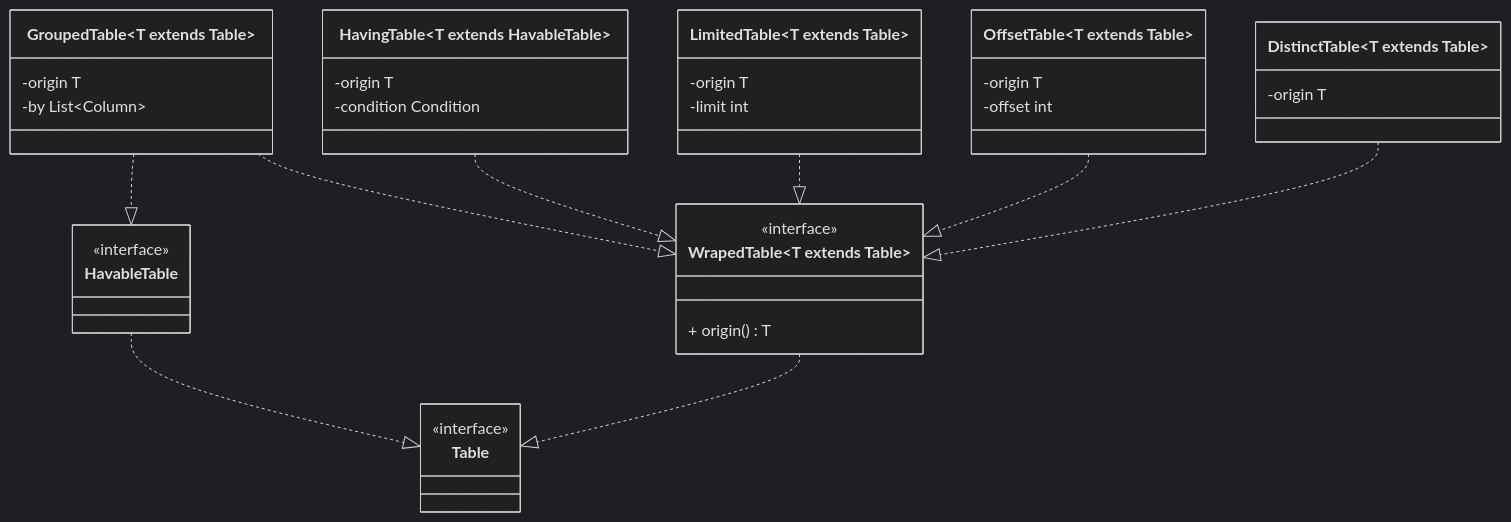
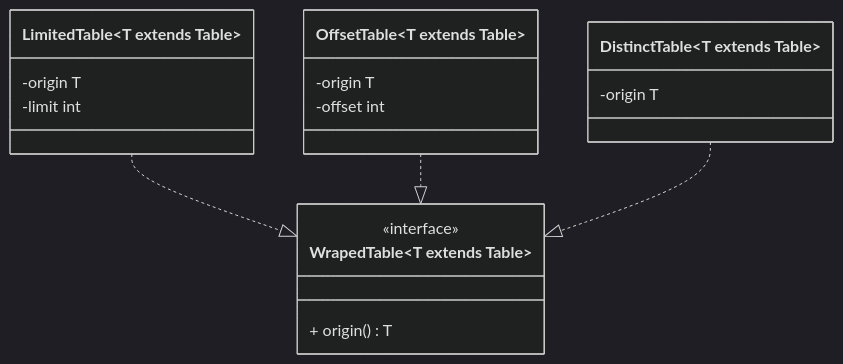
One commit to safarislava/QueryBricks changed the fifth of 13 diagrams in docs/domain.md. Above: the diagram before and after it, drawn with Mermaid (dark theme). The commit also changed other lines of this file, not shown here.

````diff
--- a/docs/domain.md
+++ b/docs/domain.md
@@ -89,47 +139,24 @@
 ```mermaid
 classDiagram
-    class Table {
-        <<interface>>
-    }
-
-    class HavableTable {
-        <<interface>>
-    }
-    HavableTable ..|> Table
-
     class WrapedTable~T extends Table~ {
         <<interface>>
         + origin() T
     }
-    WrapedTable ..|> Table
-
-    class GroupedTable~T extends Table~ {
-        -origin T
-        -by List~Column~
-    }
-    GroupedTable ..|> HavableTable
-    GroupedTable ..|> WrapedTable~T~
-
-    class HavingTable~T extends HavableTable~ {
-        -origin T
-        -condition Condition
-    }
-    HavingTable ..|> WrapedTable~T~
 
     class LimitedTable~T extends Table~ {
         -origin T
         -limit int
     }
     LimitedTable ..|> WrapedTable~T~
 
     class OffsetTable~T extends Table~ {
         -origin T
         -offset int
     }
     OffsetTable ..|> WrapedTable~T~
 
     class DistinctTable~T extends Table~ {
         -origin T
     }
     DistinctTable ..|> WrapedTable~T~
 ```
````
